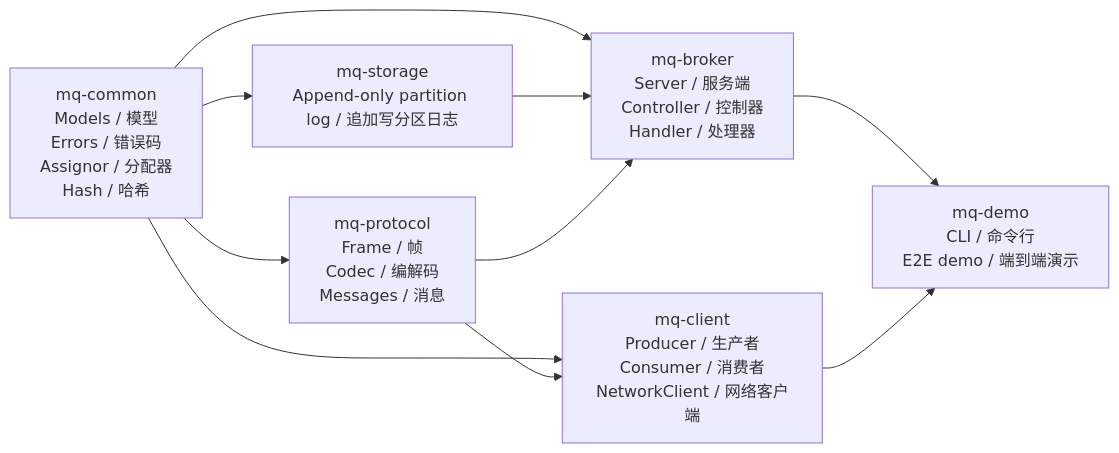
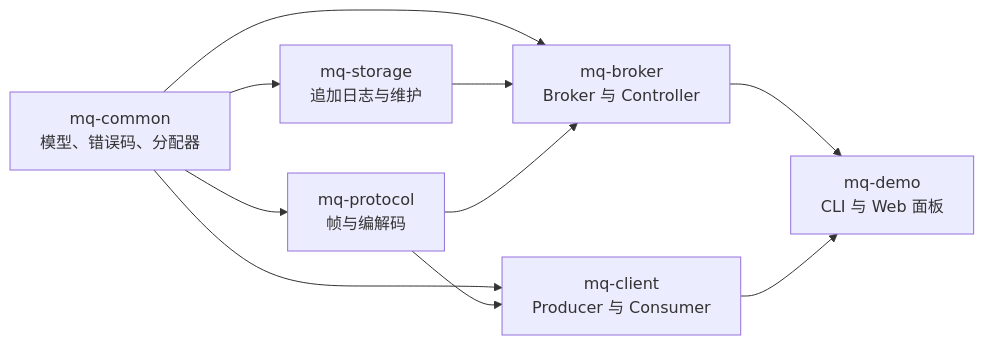
Before and after one commit to wxw121/miniMQ: the diagram in docs/README.md, drawn with Mermaid. The commit also changed other lines of this file and 47 other files, not shown here.

````diff
--- a/docs/README.md
+++ b/docs/README.md
@@ -70,19 +29,19 @@
 ```mermaid
 flowchart LR
-    common[mq-common<br/>Models / 模型<br/>Errors / 错误码<br/>Assignor / 分配器<br/>Hash / 哈希]
-    storage[mq-storage<br/>Append-only partition log / 追加写分区日志]
-    protocol[mq-protocol<br/>Frame / 帧<br/>Codec / 编解码<br/>Messages / 消息]
-    broker[mq-broker<br/>Server / 服务端<br/>Controller / 控制器<br/>Handler / 处理器]
-    client[mq-client<br/>Producer / 生产者<br/>Consumer / 消费者<br/>NetworkClient / 网络客户端]
-    demo[mq-demo<br/>CLI / 命令行<br/>E2E demo / 端到端演示]
+    common[mq-common<br/>模型、错误码、分配器]
+    storage[mq-storage<br/>追加日志与维护]
+    protocol[mq-protocol<br/>帧与编解码]
+    broker[mq-broker<br/>Broker 与 Controller]
+    client[mq-client<br/>Producer 与 Consumer]
+    demo[mq-demo<br/>CLI 与 Web 面板]
 
+    common --> storage
     common --> protocol
     common --> broker
     common --> client
-    common --> storage
     storage --> broker
     protocol --> broker
     protocol --> client
     broker --> demo
     client --> demo
 ```
````
